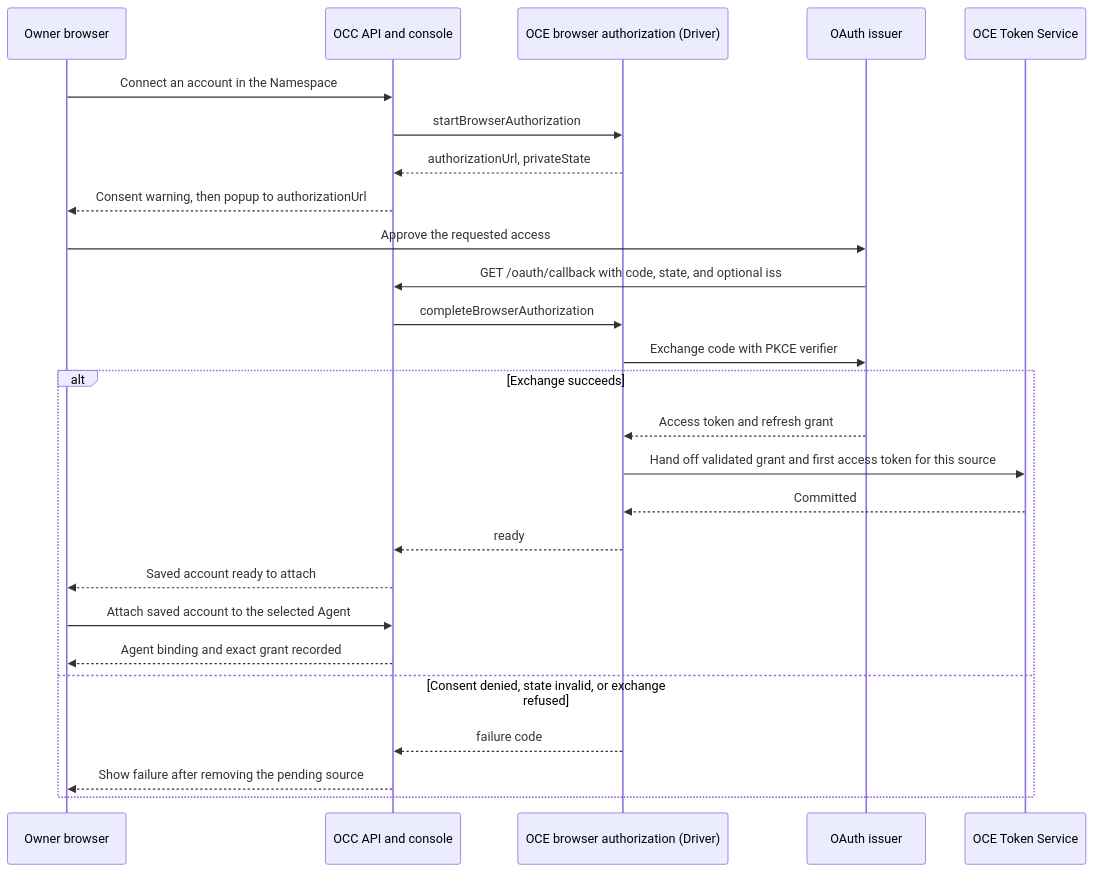
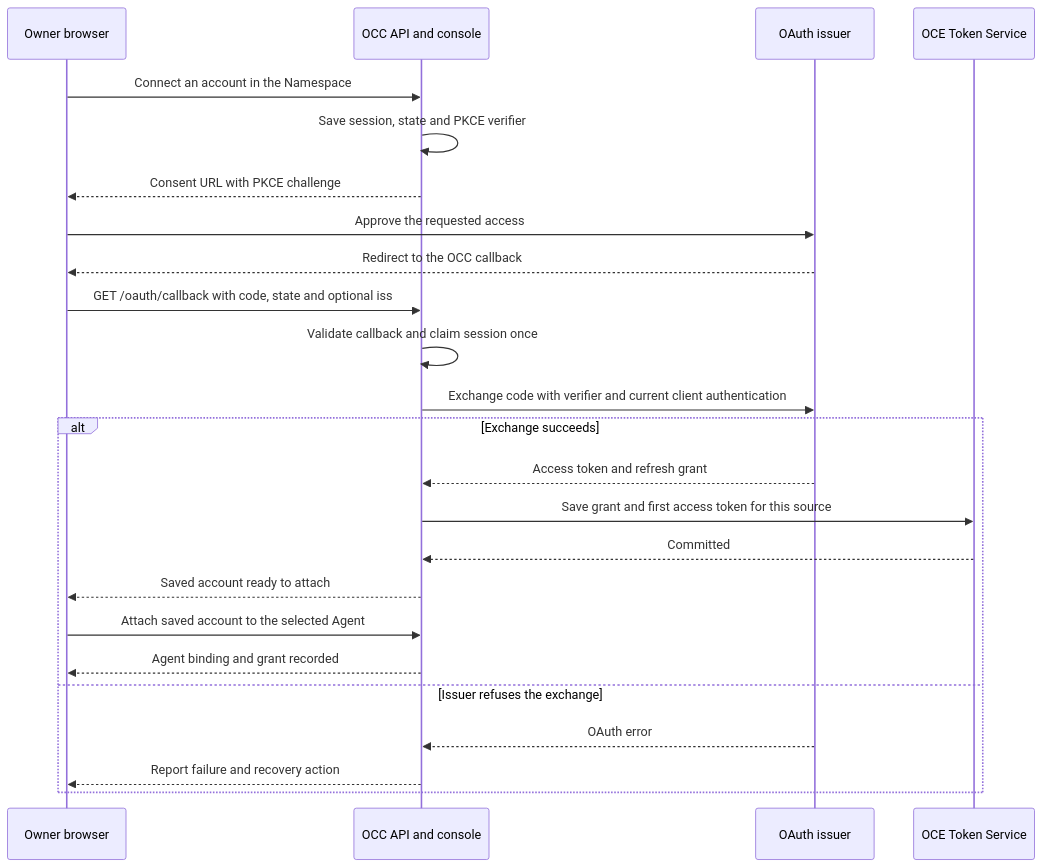
The diagram in specs/rfcs/0027-agent-oauth-connections/index.md (openclaw/openclaw-enterprise), drawn with Mermaid before and after one commit. The commit also changed other lines of this file and 1 other file, not shown here.

Commit message:
Specify OCC ownership of browser OAuth consent and code exchange

````diff
--- a/specs/rfcs/0027-agent-oauth-connections/index.md
+++ b/specs/rfcs/0027-agent-oauth-connections/index.md
@@ -228,28 +229,26 @@
 ```mermaid
 sequenceDiagram
   participant User as Owner browser
   participant API as OCC API and console
-  participant OAuth as OCE browser authorization (Driver)
   participant Issuer as OAuth issuer
   participant Tokens as OCE Token Service
   User->>API: Connect an account in the Namespace
-  API->>OAuth: startBrowserAuthorization
-  OAuth-->>API: authorizationUrl, privateState
-  API-->>User: Consent warning, then popup to authorizationUrl
+  API->>API: Save session, state and PKCE verifier
+  API-->>User: Consent URL with PKCE challenge
   User->>Issuer: Approve the requested access
-  Issuer->>API: GET /oauth/callback with code, state, and optional iss
-  API->>OAuth: completeBrowserAuthorization
-  OAuth->>Issuer: Exchange code with PKCE verifier
+  Issuer-->>User: Redirect to the OCC callback
+  User->>API: GET /oauth/callback with code, state and optional iss
+  API->>API: Validate callback and claim session once
+  API->>Issuer: Exchange code with verifier and current client authentication
   alt Exchange succeeds
-    Issuer-->>OAuth: Access token and refresh grant
-    OAuth->>Tokens: Hand off validated grant and first access token for this source
-    Tokens-->>OAuth: Committed
-    OAuth-->>API: ready
+    Issuer-->>API: Access token and refresh grant
+    API->>Tokens: Save grant and first access token for this source
+    Tokens-->>API: Committed
     API-->>User: Saved account ready to attach
     User->>API: Attach saved account to the selected Agent
-    API-->>User: Agent binding and exact grant recorded
-  else Consent denied, state invalid, or exchange refused
-    OAuth-->>API: failure code
-    API-->>User: Show failure after removing the pending source
+    API-->>User: Agent binding and grant recorded
+  else Issuer refuses the exchange
+    Issuer-->>API: OAuth error
+    API-->>User: Report failure and recovery action
   end
 ```
````
